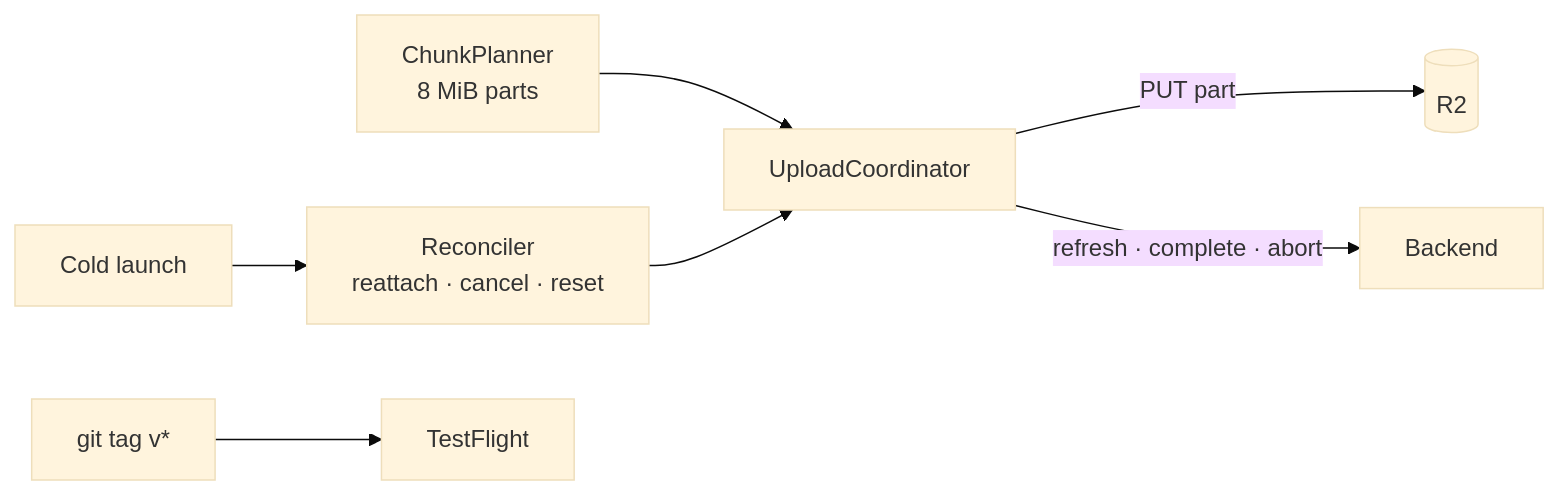
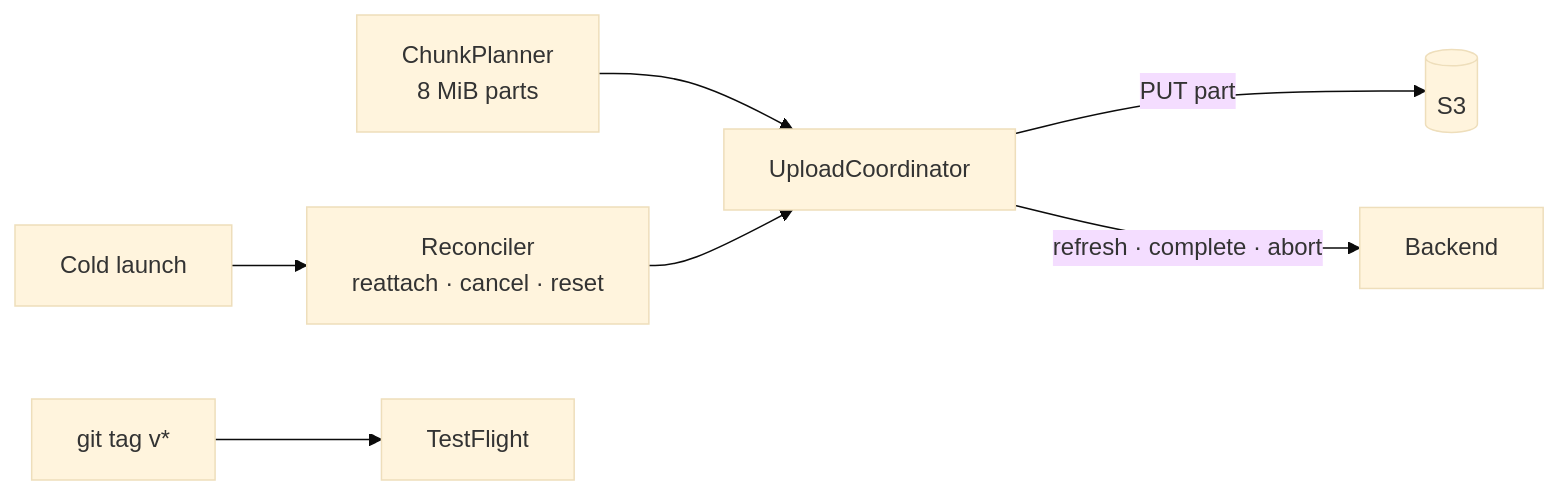
The diagram in docs/feature-guide/S4-resumable-upload/README.md (DAMHONGDUC/site-log-ios), drawn with Mermaid (base theme) before and after one commit. The commit also changed other lines of this file and 33 other files, not shown here.

````diff
--- a/docs/feature-guide/S4-resumable-upload/README.md
+++ b/docs/feature-guide/S4-resumable-upload/README.md
@@ -32,9 +32,9 @@
 ```mermaid
 flowchart LR
     Planner["ChunkPlanner<br/>8 MiB parts"] --> Coord["UploadCoordinator"]
-    Coord -->|"PUT part"| R2[("R2")]
+    Coord -->|"PUT part"| S3[("S3")]
     Coord -->|"refresh · complete · abort"| BE["Backend"]
     Launch["Cold launch"] --> Rec["Reconciler<br/>reattach · cancel · reset"]
     Rec --> Coord
     Tag["git tag v*"] --> TF["TestFlight"]
 ```
````
